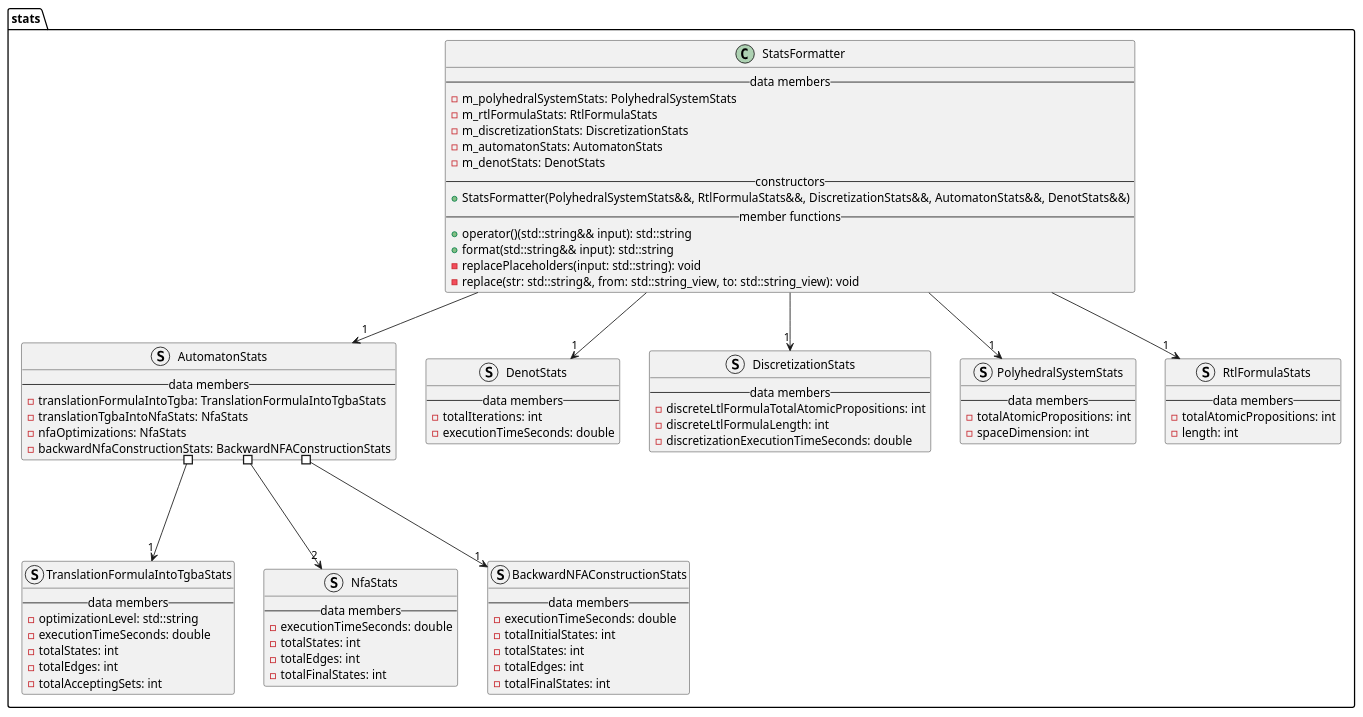
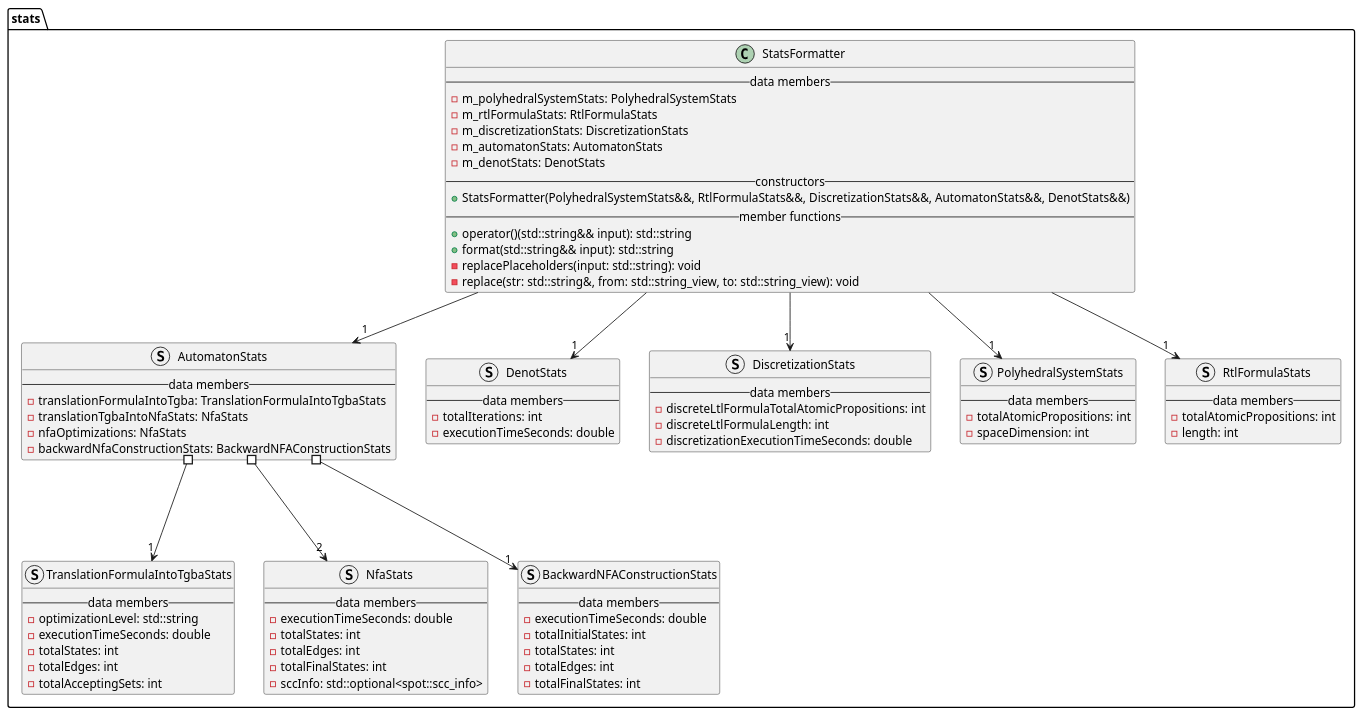
One commit to vtramo/rtl-mc changed the diagram in docs/plantuml/stats.puml. Above: the diagram before and after it, drawn with PlantUML. The commit also changed 7 other files, not shown here.

```diff
--- a/docs/plantuml/stats.puml
+++ b/docs/plantuml/stats.puml
@@ -1,89 +1,90 @@
 @startuml
 
 package stats {
     struct AutomatonStats {
         --data members--
         -translationFormulaIntoTgba: TranslationFormulaIntoTgbaStats
         -translationTgbaIntoNfaStats: NfaStats
         -nfaOptimizations: NfaStats
         -backwardNfaConstructionStats: BackwardNFAConstructionStats
     }
 
     struct TranslationFormulaIntoTgbaStats {
         --data members--
         -optimizationLevel: std::string
         -executionTimeSeconds: double
         -totalStates: int
         -totalEdges: int
         -totalAcceptingSets: int
     }
 
     struct NfaStats {
         --data members--
         -executionTimeSeconds: double
         -totalStates: int
         -totalEdges: int
         -totalFinalStates: int
+        -sccInfo: std::optional<spot::scc_info>
     }
 
     struct BackwardNFAConstructionStats {
         --data members--
         -executionTimeSeconds: double
         -totalInitialStates: int
         -totalStates: int
         -totalEdges: int
         -totalFinalStates: int
     }
 
     struct DenotStats {
         --data members--
         -totalIterations: int
         -executionTimeSeconds: double
     }
 
     struct DiscretizationStats {
         --data members--
         -discreteLtlFormulaTotalAtomicPropositions: int
         -discreteLtlFormulaLength: int
         -discretizationExecutionTimeSeconds: double
     }
 
     struct PolyhedralSystemStats {
         --data members--
         -totalAtomicPropositions: int
         -spaceDimension: int
     }
 
     struct RtlFormulaStats {
         --data members--
         -totalAtomicPropositions: int
         -length: int
     }
 
     class StatsFormatter {
         --data members--
         -m_polyhedralSystemStats: PolyhedralSystemStats
         -m_rtlFormulaStats: RtlFormulaStats
         -m_discretizationStats: DiscretizationStats
         -m_automatonStats: AutomatonStats
         -m_denotStats: DenotStats
         --constructors--
         +StatsFormatter(PolyhedralSystemStats&&, RtlFormulaStats&&, DiscretizationStats&&, AutomatonStats&&, DenotStats&&)
         --member functions--
         +operator()(std::string&& input): std::string
         +format(std::string&& input): std::string
         -replacePlaceholders(input: std::string): void
         -replace(str: std::string&, from: std::string_view, to: std::string_view): void
     }
 
     StatsFormatter --> "1" PolyhedralSystemStats
     StatsFormatter --> "1" RtlFormulaStats
     StatsFormatter --> "1" DiscretizationStats
     StatsFormatter --> "1" AutomatonStats
     StatsFormatter --> "1" DenotStats
     AutomatonStats #---> "1" TranslationFormulaIntoTgbaStats
     AutomatonStats #---> "1" BackwardNFAConstructionStats
     AutomatonStats #---> "2" NfaStats
 }
 
 @enduml
```
